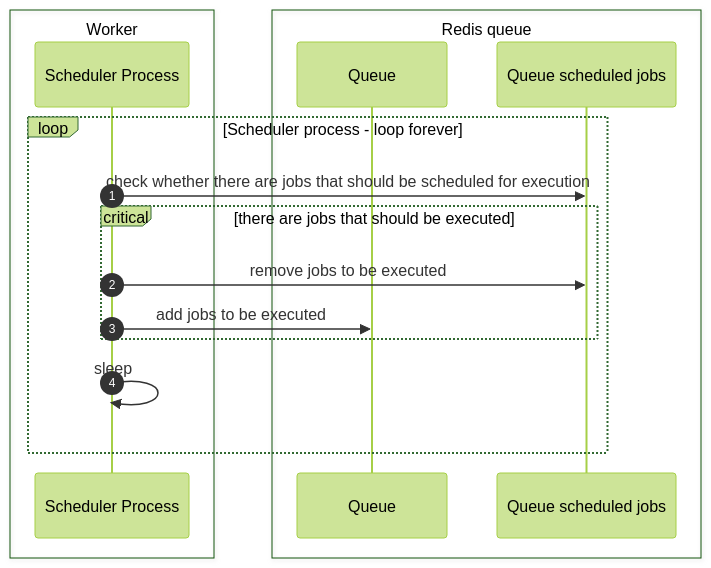
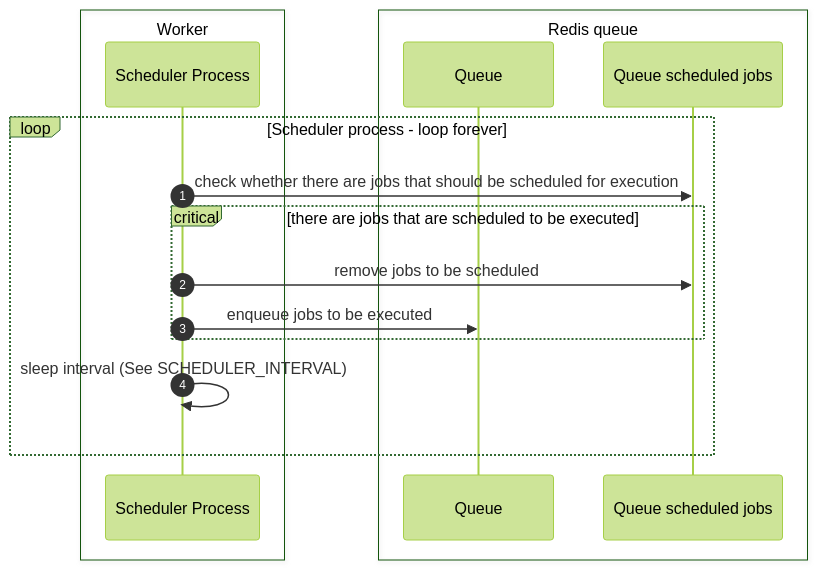
One commit to dsoftwareinc/django-rq-scheduler changed the first of 2 diagrams in docs/index.md. Above: the diagram before and after it, drawn with Mermaid (forest theme). The commit also changed other lines of this file and 12 other files, not shown here.

````diff
--- a/docs/index.md
+++ b/docs/index.md
@@ -70,19 +70,19 @@
 ```mermaid
 sequenceDiagram
     autonumber
     box Worker
         participant scheduler as Scheduler Process
     end
     box Redis queue
         participant queue as Queue
         participant schedule as Queue scheduled jobs
     end    
     loop Scheduler process - loop forever
         scheduler ->> schedule: check whether there are jobs that should be scheduled for execution
-        critical there are jobs that should be executed
-            scheduler ->> schedule: remove jobs to be executed
-            scheduler ->> queue: add jobs to be executed
+        critical there are jobs that are scheduled to be executed
+            scheduler ->> schedule: remove jobs to be scheduled
+            scheduler ->> queue: enqueue jobs to be executed
         end
-        scheduler ->> scheduler: sleep
+        scheduler ->> scheduler: sleep interval (See SCHEDULER_INTERVAL)
     end
 ```
````
